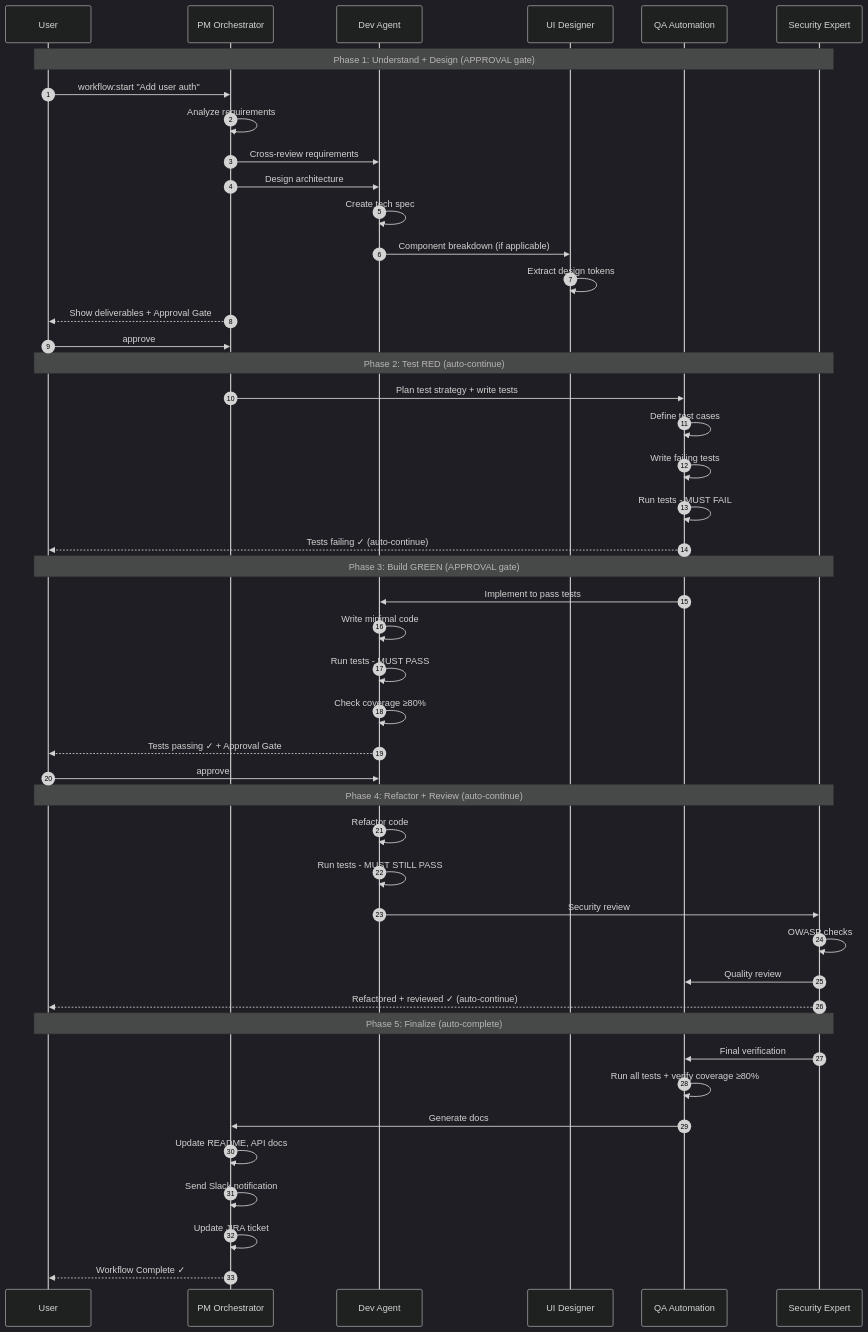
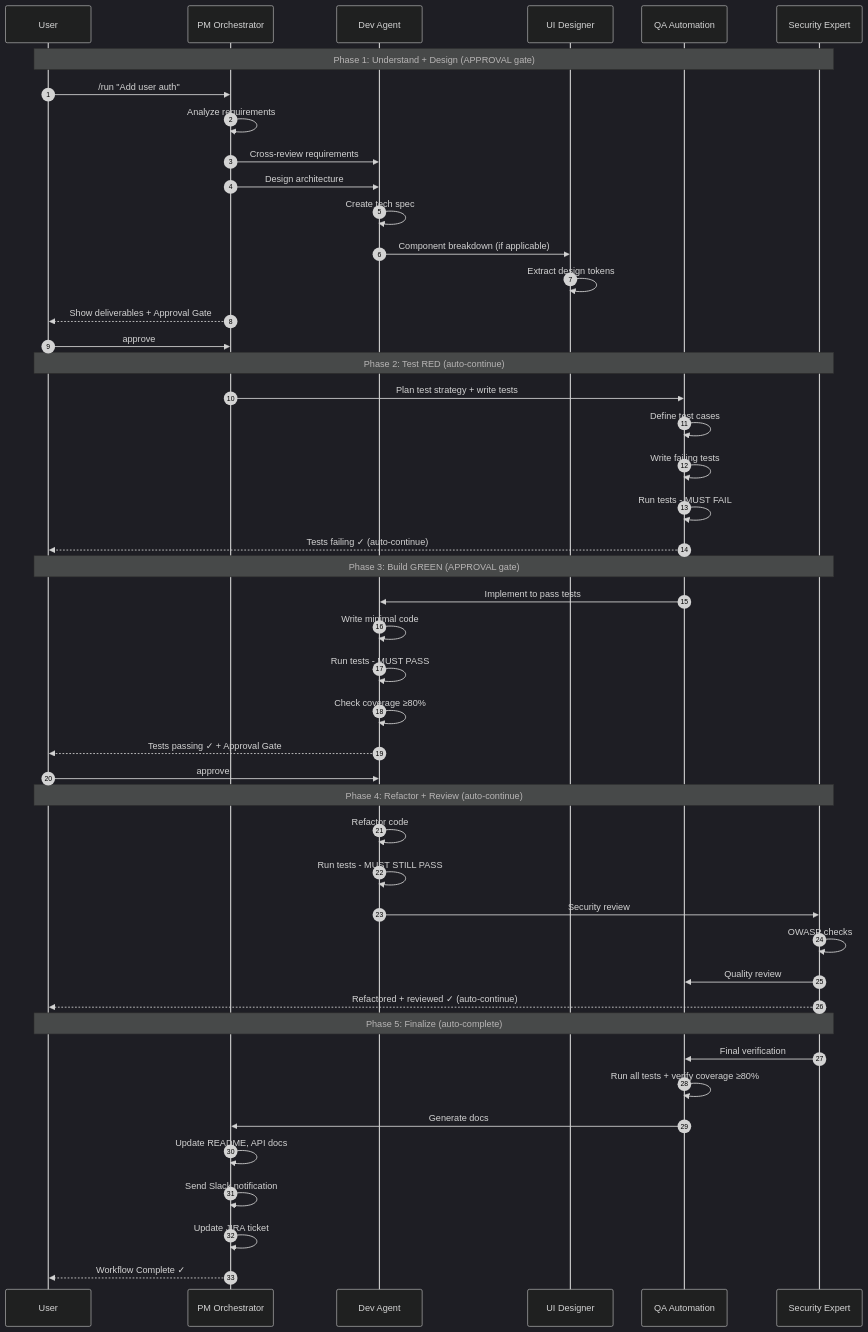
Before and after one commit to nguyenthienthanh/aura-frog: the third of 20 diagrams in docs/architecture/WORKFLOW_DIAGRAMS.md, drawn with Mermaid (dark theme). The commit also changed other lines of this file and 14 other files, not shown here.

````diff
--- a/docs/architecture/WORKFLOW_DIAGRAMS.md
+++ b/docs/architecture/WORKFLOW_DIAGRAMS.md
@@ -155,53 +155,53 @@
 ```mermaid
 sequenceDiagram
     autonumber
     participant U as User
     participant PM as PM Orchestrator
     participant DEV as Dev Agent
     participant UI as UI Designer
     participant QA as QA Automation
     participant SEC as Security Expert
 
     Note over U,SEC: Phase 1: Understand + Design (APPROVAL gate)
-    U->>PM: workflow:start "Add user auth"
+    U->>PM: /run "Add user auth"
     PM->>PM: Analyze requirements
     PM->>DEV: Cross-review requirements
     PM->>DEV: Design architecture
     DEV->>DEV: Create tech spec
     DEV->>UI: Component breakdown (if applicable)
     UI->>UI: Extract design tokens
     PM-->>U: Show deliverables + Approval Gate
     U->>PM: approve
 
     Note over U,SEC: Phase 2: Test RED (auto-continue)
     PM->>QA: Plan test strategy + write tests
     QA->>QA: Define test cases
     QA->>QA: Write failing tests
     QA->>QA: Run tests - MUST FAIL
     QA-->>U: Tests failing ✓ (auto-continue)
 
     Note over U,SEC: Phase 3: Build GREEN (APPROVAL gate)
     QA->>DEV: Implement to pass tests
     DEV->>DEV: Write minimal code
     DEV->>DEV: Run tests - MUST PASS
     DEV->>DEV: Check coverage ≥80%
     DEV-->>U: Tests passing ✓ + Approval Gate
     U->>DEV: approve
 
     Note over U,SEC: Phase 4: Refactor + Review (auto-continue)
     DEV->>DEV: Refactor code
     DEV->>DEV: Run tests - MUST STILL PASS
     DEV->>SEC: Security review
     SEC->>SEC: OWASP checks
     SEC->>QA: Quality review
     SEC-->>U: Refactored + reviewed ✓ (auto-continue)
 
     Note over U,SEC: Phase 5: Finalize (auto-complete)
     SEC->>QA: Final verification
     QA->>QA: Run all tests + verify coverage ≥80%
     QA->>PM: Generate docs
     PM->>PM: Update README, API docs
     PM->>PM: Send Slack notification
     PM->>PM: Update JIRA ticket
     PM-->>U: Workflow Complete ✓
 ```
````
